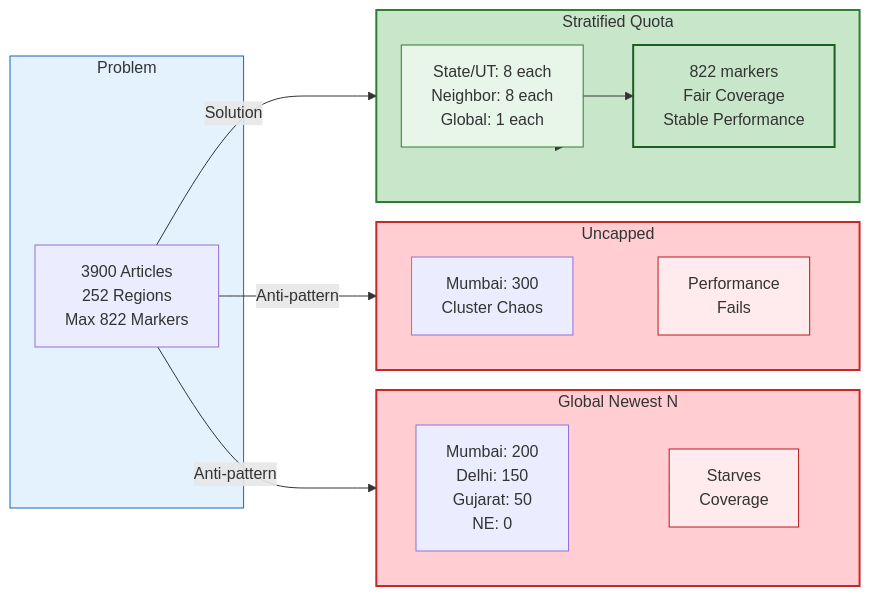
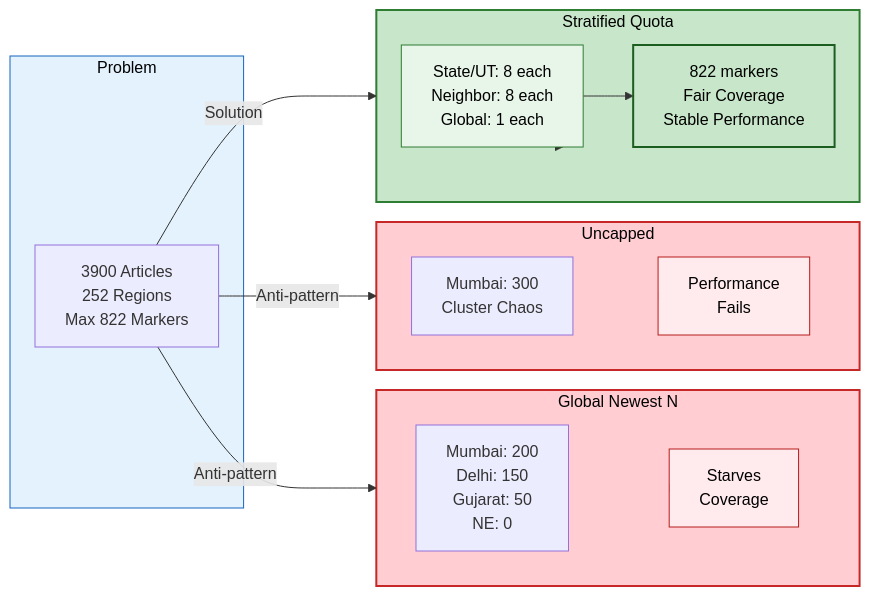
Before and after one commit to JyotirmoyDas05/AakashSanchar: the second of 2 diagrams in lib/README.md, drawn with Mermaid. The commit also changed other lines of this file and 4 other files, not shown here.

First line of the commit message:
Fix low-contrast text in Mermaid diagrams

````diff
--- a/lib/README.md
+++ b/lib/README.md
@@ -314,39 +314,39 @@
 ```mermaid
 graph LR
     subgraph Prob["Problem"]
         IN["3900 Articles<br/>252 Regions<br/>Max 822 Markers"]
     end
     
     subgraph Bad1["Global Newest N"]
         B1["Mumbai: 200<br/>Delhi: 150<br/>Gujarat: 50<br/>NE: 0"]
         R1["Starves<br/>Coverage"]
     end
     
     subgraph Bad2["Uncapped"]
         B2["Mumbai: 300<br/>Cluster Chaos"]
         R2["Performance<br/>Fails"]
     end
     
     subgraph Good["Stratified Quota"]
         G1["State/UT: 8 each<br/>Neighbor: 8 each<br/>Global: 1 each"]
         G2["822 markers<br/>Fair Coverage<br/>Stable Performance"]
     end
     
     IN -->|Anti-pattern| Bad1
     IN -->|Anti-pattern| Bad2
     IN -->|Solution| Good
     
     Bad1 --> R1
     Bad2 --> R2
     Good --> G1
     G1 --> G2
     
-    style Prob fill:#e3f2fd,stroke:#1565c0
-    style Bad1 fill:#ffcdd2,stroke:#c62828,stroke-width:2px
-    style Bad2 fill:#ffcdd2,stroke:#c62828,stroke-width:2px
-    style R1 fill:#ffebee,stroke:#b71c1c
-    style R2 fill:#ffebee,stroke:#b71c1c
-    style Good fill:#c8e6c9,stroke:#2e7d32,stroke-width:2px
-    style G1 fill:#e8f5e9,stroke:#2e7d32
-    style G2 fill:#c8e6c9,stroke:#1b5e20,stroke-width:2px
+    style Prob fill:#e3f2fd,stroke:#1565c0,color:#000000
+    style Bad1 fill:#ffcdd2,stroke:#c62828,stroke-width:2px,color:#000000
+    style Bad2 fill:#ffcdd2,stroke:#c62828,stroke-width:2px,color:#000000
+    style R1 fill:#ffebee,stroke:#b71c1c,color:#000000
+    style R2 fill:#ffebee,stroke:#b71c1c,color:#000000
+    style Good fill:#c8e6c9,stroke:#2e7d32,stroke-width:2px,color:#000000
+    style G1 fill:#e8f5e9,stroke:#2e7d32,color:#000000
+    style G2 fill:#c8e6c9,stroke:#1b5e20,stroke-width:2px,color:#000000
 ```
````
